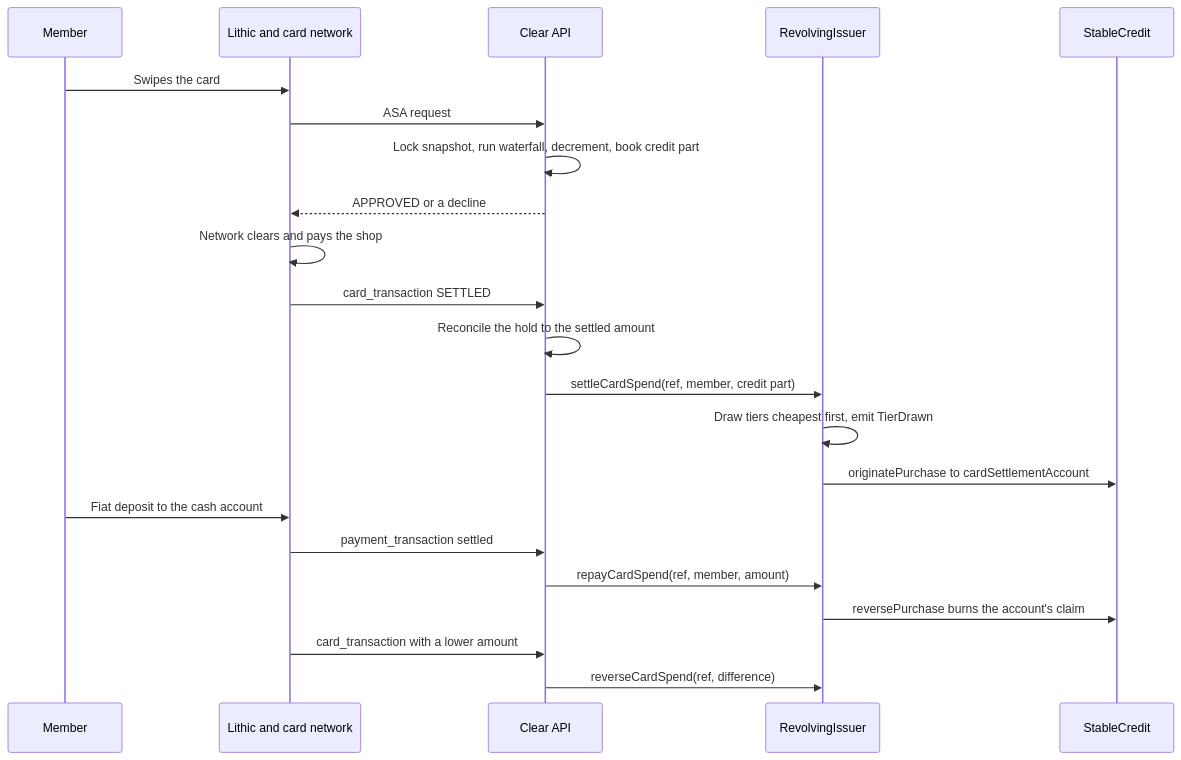
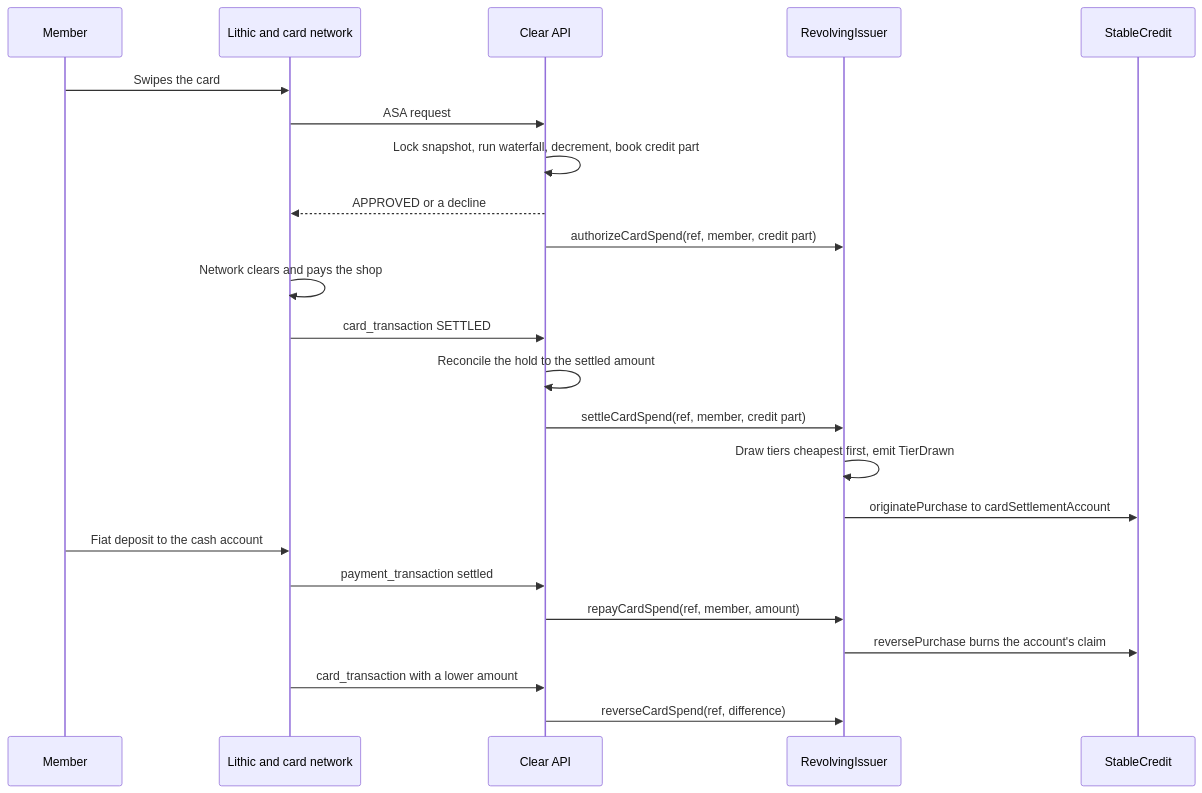
Before and after one commit to Deed3Labs/Protocol-Contracts: the diagram in docs/protocol/visa-card-purchases.md, drawn with Mermaid. The commit also changed other lines of this file and 51 other files, not shown here.

````diff
--- a/docs/protocol/visa-card-purchases.md
+++ b/docs/protocol/visa-card-purchases.md
@@ -20,25 +20,26 @@
 ```mermaid
 sequenceDiagram
     participant M as Member
     participant L as Lithic and card network
     participant A as Clear API
     participant R as RevolvingIssuer
     participant S as StableCredit
 
     M->>L: Swipes the card
     L->>A: ASA request
     A->>A: Lock snapshot, run waterfall, decrement, book credit part
     A-->>L: APPROVED or a decline
+    A->>R: authorizeCardSpend(ref, member, credit part)
     L->>L: Network clears and pays the shop
     L->>A: card_transaction SETTLED
     A->>A: Reconcile the hold to the settled amount
     A->>R: settleCardSpend(ref, member, credit part)
     R->>R: Draw tiers cheapest first, emit TierDrawn
     R->>S: originatePurchase to cardSettlementAccount
     M->>L: Fiat deposit to the cash account
     L->>A: payment_transaction settled
     A->>R: repayCardSpend(ref, member, amount)
     R->>S: reversePurchase burns the account's claim
     L->>A: card_transaction with a lower amount
     A->>R: reverseCardSpend(ref, difference)
 ```
````
